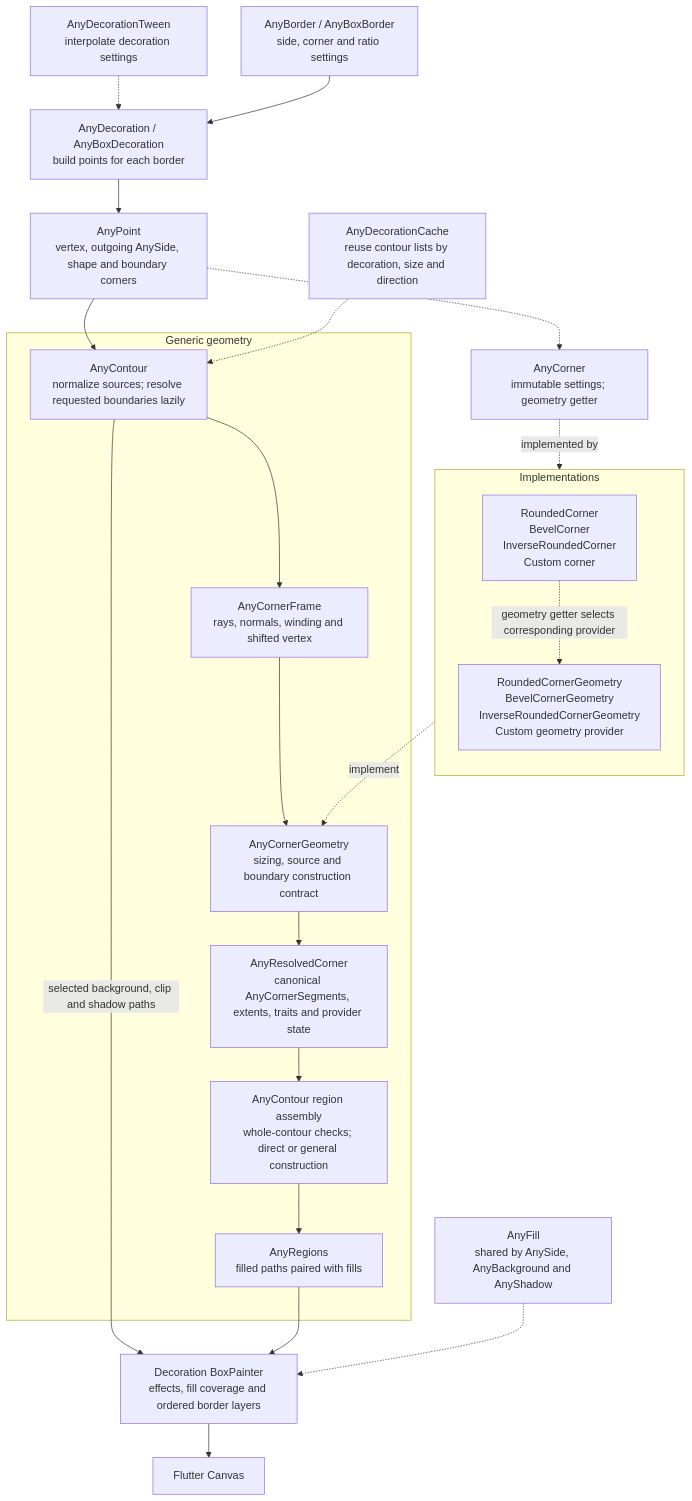
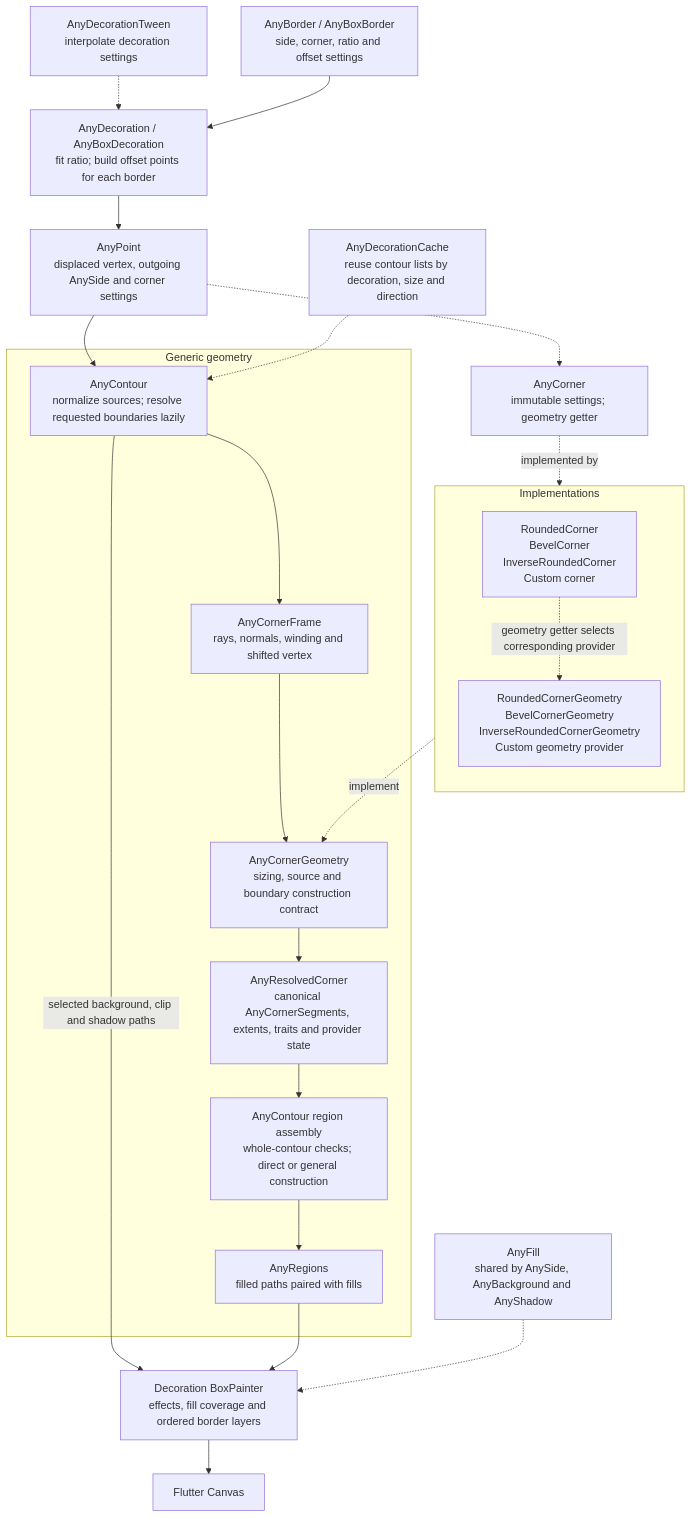
One commit to andry-brill/a-borders changed the diagram in README.md. Above: the diagram before and after it, drawn with Mermaid. The commit also changed other lines of this file and 15 other files, not shown here.

````diff
--- a/README.md
+++ b/README.md
@@ -50,34 +50,34 @@
 ```mermaid
 flowchart TB
   Tween["AnyDecorationTween<br/>interpolate decoration settings"] -.-> Decoration
-  Decoration["AnyDecoration / AnyBoxDecoration<br/>build points for each border"]
-  Border["AnyBorder / AnyBoxBorder<br/>side, corner and ratio settings"] --> Decoration
-  Decoration --> Points["AnyPoint<br/>vertex, outgoing AnySide, shape and boundary corners"]
+  Decoration["AnyDecoration / AnyBoxDecoration<br/>fit ratio; build offset points for each border"]
+  Border["AnyBorder / AnyBoxBorder<br/>side, corner, ratio and offset settings"] --> Decoration
+  Decoration --> Points["AnyPoint<br/>displaced vertex, outgoing AnySide and corner settings"]
   Points --> Contour
   Cache["AnyDecorationCache<br/>reuse contour lists by decoration, size and direction"] -.-> Contour
 
   subgraph Core["Generic geometry"]
     Contour["AnyContour<br/>normalize sources; resolve requested boundaries lazily"]
     Frame["AnyCornerFrame<br/>rays, normals, winding and shifted vertex"]
     API["AnyCornerGeometry<br/>sizing, source and boundary construction contract"]
     Resolved["AnyResolvedCorner<br/>canonical AnyCornerSegments, extents, traits and provider state"]
     Assembly["AnyContour region assembly<br/>whole-contour checks; direct or general construction"]
     Regions["AnyRegions<br/>filled paths paired with fills"]
     Contour --> Frame --> API --> Resolved --> Assembly --> Regions
   end
 
   Corner["AnyCorner<br/>immutable settings; geometry getter"]
   Points -.-> Corner
   Corner -.->|implemented by| CornerTypes
   subgraph Providers["Implementations"]
     direction TB
     CornerTypes["RoundedCorner<br/>BevelCorner<br/>InverseRoundedCorner<br/>Custom corner"]
     GeometryTypes["RoundedCornerGeometry<br/>BevelCornerGeometry<br/>InverseRoundedCornerGeometry<br/>Custom geometry provider"]
     CornerTypes -.->|geometry getter selects corresponding provider| GeometryTypes
   end
   GeometryTypes -.->|implement| API
   Contour -->|selected background, clip and shadow paths| Painter
   Regions --> Painter["Decoration BoxPainter<br/>effects, fill coverage and ordered border layers"]
   Fills["AnyFill<br/>shared by AnySide, AnyBackground and AnyShadow"] -.-> Painter
   Painter --> Canvas["Flutter Canvas"]
 ```
````
